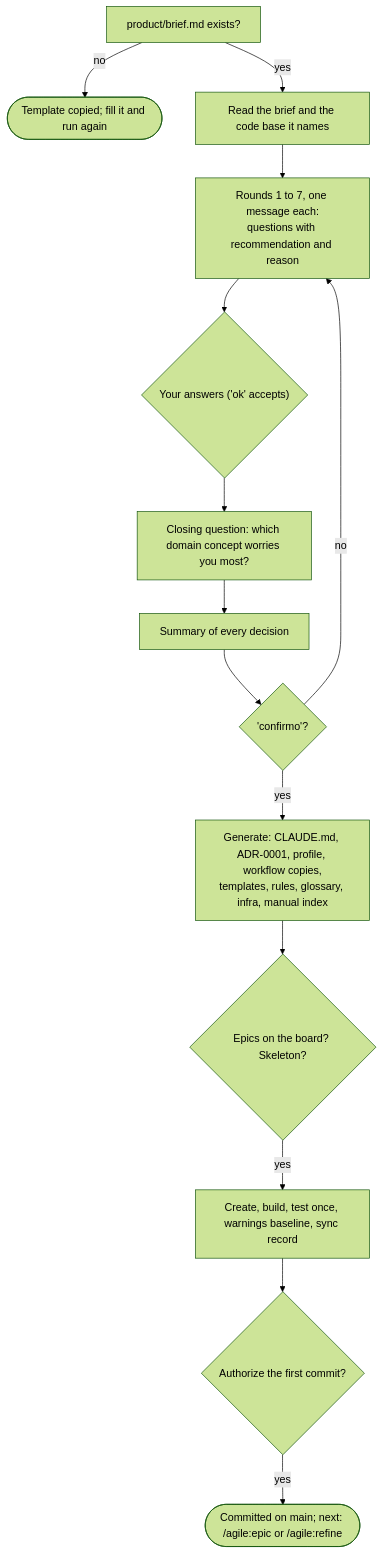
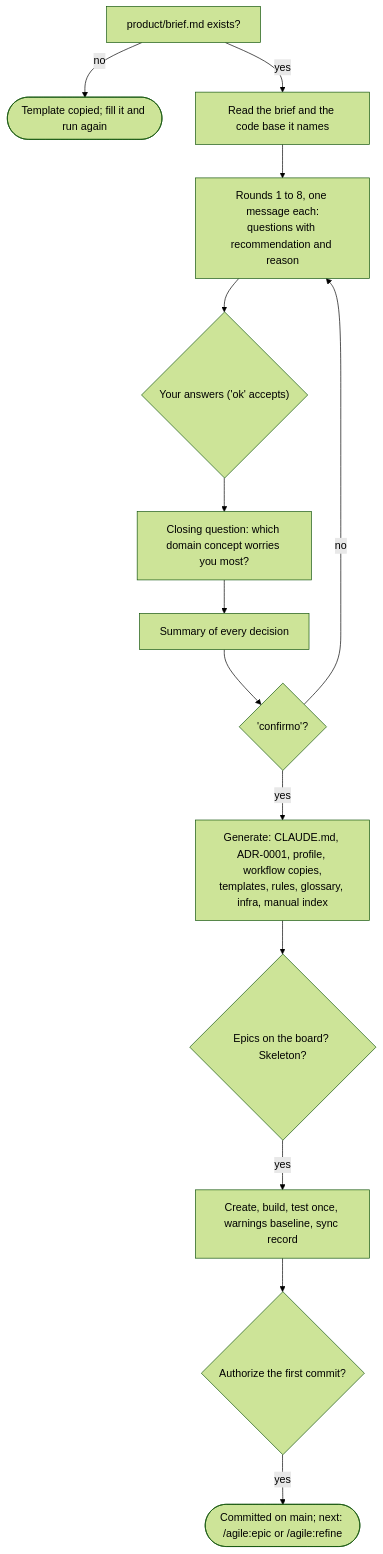
Before and after one commit to alexcanario/simulab: the second of 15 diagrams in docs/agile/workflow.md, drawn with Mermaid (forest theme). The commit also changed other lines of this file and 2 other files, not shown here.

````diff
--- a/docs/agile/workflow.md
+++ b/docs/agile/workflow.md
@@ -828,16 +851,16 @@
 ```mermaid
 flowchart TD
     A["product/brief.md exists?"] -->|no| A1(["Template copied; fill it and run again"])
     A -->|yes| B["Read the brief and the code base it names"]
-    B --> C["Rounds 1 to 7, one message each:<br/>questions with recommendation and reason"]
+    B --> C["Rounds 1 to 8, one message each:<br/>questions with recommendation and reason"]
     C --> D{"Your answers ('ok' accepts)"}
     D --> E["Closing question: which domain concept worries you most?"]
     E --> F["Summary of every decision"]
     F --> G{"'confirmo'?"}
     G -->|no| C
     G -->|yes| H["Generate: CLAUDE.md, ADR-0001, profile, workflow copies,<br/>templates, rules, glossary, infra, manual index"]
     H --> I{"Epics on the board? Skeleton?"}
     I -->|yes| J["Create, build, test once, warnings baseline, sync record"]
     J --> K{"Authorize the first commit?"}
     K -->|yes| L(["Committed on main; next: /agile:epic or /agile:refine"])
 ```
````
